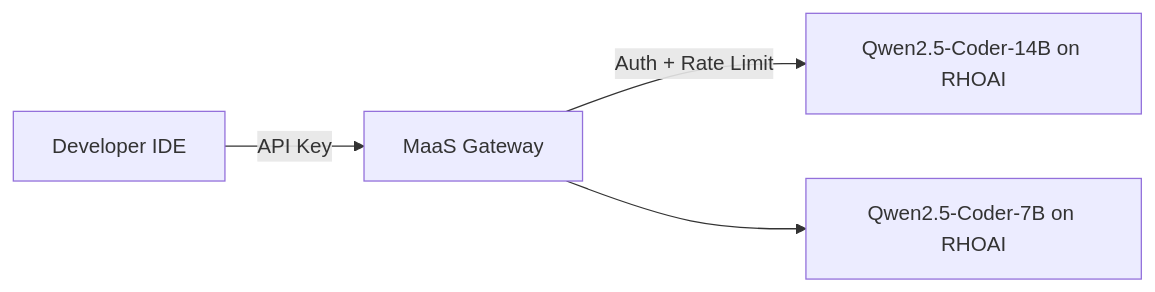
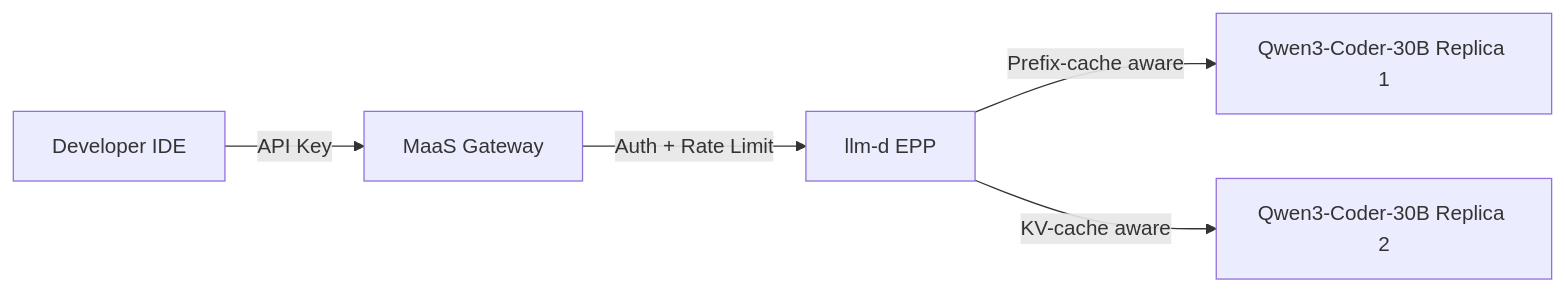
One commit to hyogrin/rhoai-coding-assistant-lab changed the second of 2 diagrams in README.md. Above: the diagram before and after it, drawn with Mermaid. The commit also changed other lines of this file and 25 other files, not shown here.

````diff
--- a/README.md
+++ b/README.md
@@ -58,6 +79,7 @@
 ```mermaid
 flowchart LR
     IDE[Developer IDE] -->|API Key| GW[MaaS Gateway]
-    GW -->|Auth + Rate Limit| M1[Qwen2.5-Coder-14B on RHOAI]
-    GW --> M2[Qwen2.5-Coder-7B on RHOAI]
+    GW -->|Auth + Rate Limit| EPP[llm-d EPP]
+    EPP -->|Prefix-cache aware| M1[Qwen3-Coder-30B Replica 1]
+    EPP -->|KV-cache aware| M2[Qwen3-Coder-30B Replica 2]
 ```
````
